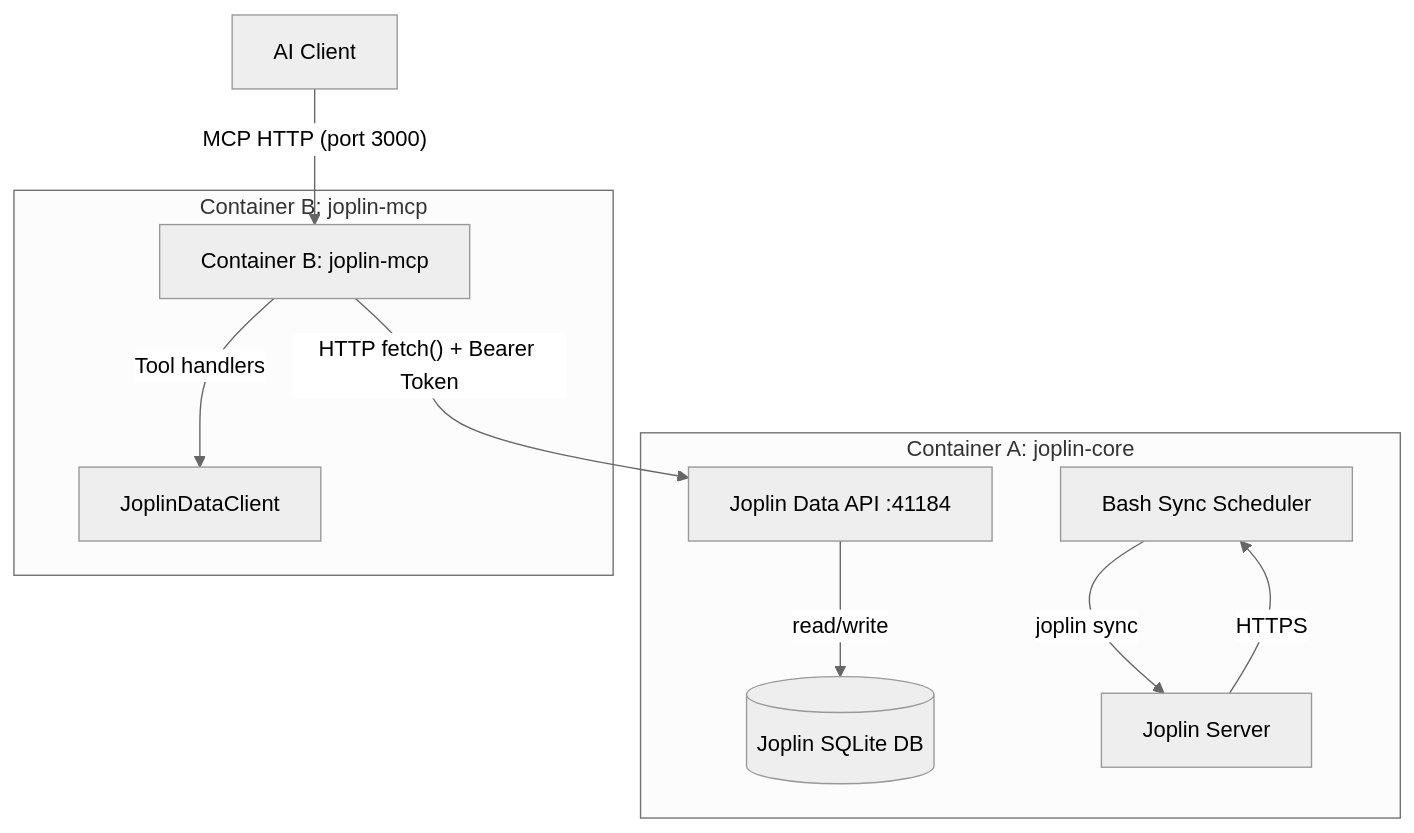
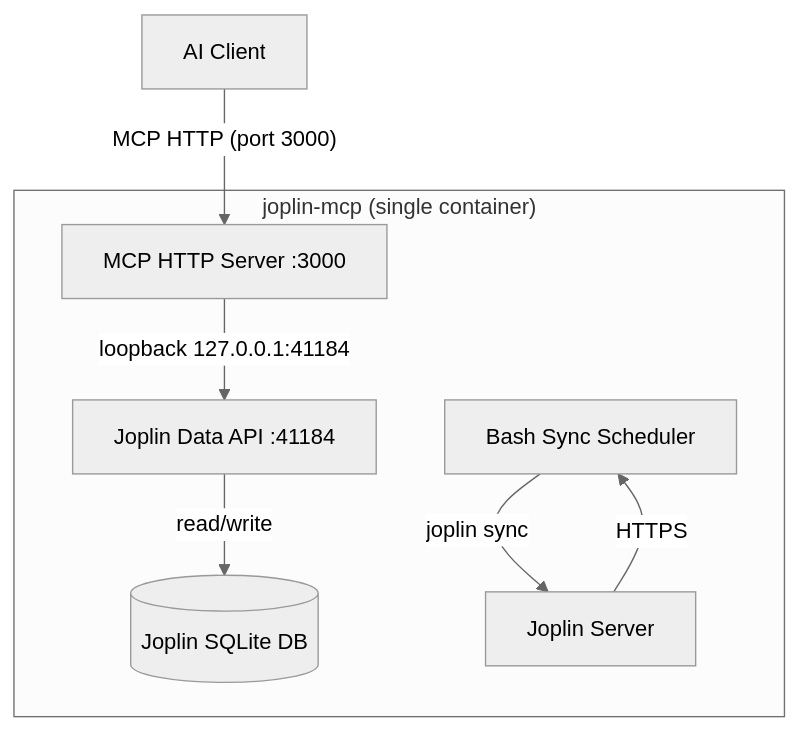
One commit to gelse/joplin-mcp changed the diagram in README.md. Above: the diagram before and after it, drawn with Mermaid (neutral theme). The commit also changed other lines of this file and 4 other files, not shown here.

Commit message:
Update documentation for single-container topology

````diff
--- a/README.md
+++ b/README.md
@@ -347,13 +332,11 @@
 ```mermaid
 graph TD
-    A[AI Client] -->|"MCP HTTP (port 3000)"| B[Container B: joplin-mcp]
-    B -->|"HTTP fetch() + Bearer Token"| C[Container A: joplin-core]
-    subgraph "Container A: joplin-core"
+    A[AI Client] -->|"MCP HTTP (port 3000)"| B[joplin-mcp container]
+    subgraph "joplin-mcp (single container)"
+        B[MCP HTTP Server :3000]
         C[Joplin Data API :41184] -->|"read/write"| D[(Joplin SQLite DB)]
         E[Bash Sync Scheduler] -->|"joplin sync"| F[Joplin Server]
         F -->|"HTTPS"| E
     end
-    subgraph "Container B: joplin-mcp"
-        B -->|"Tool handlers"| G[JoplinDataClient]
-    end
+    B -->|"loopback 127.0.0.1:41184"| C
 ```
````
